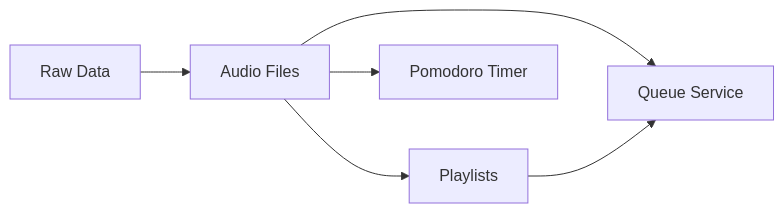
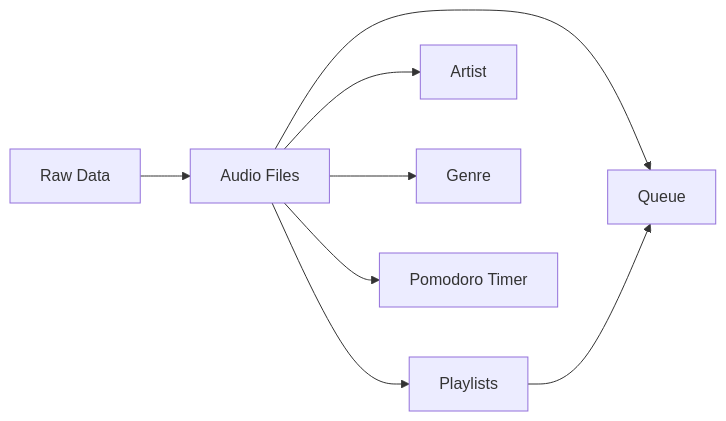
The diagram in README.md (shaysingh818/DTunes), drawn with Mermaid before and after one commit. The commit also changed other lines of this file and 2 other files, not shown here.

````diff
--- a/README.md
+++ b/README.md
@@ -29,9 +29,11 @@
 ```mermaid
 flowchart LR
 
 A[Raw Data] --> B[Audio Files]
-B[Audio Files] --> D[Queue Service]
+B[Audio Files] --> D[Queue]
 B[Audio Files] --> C[Playlists]
+B[Audio Files] --> F[Artist]
+B[Audio Files] --> G[Genre]
 B[Audio Files] --> E[Pomodoro Timer]
-C[Playlists] --> D[Queue Service]
+C[Playlists] --> D[Queue]
 ```
````
